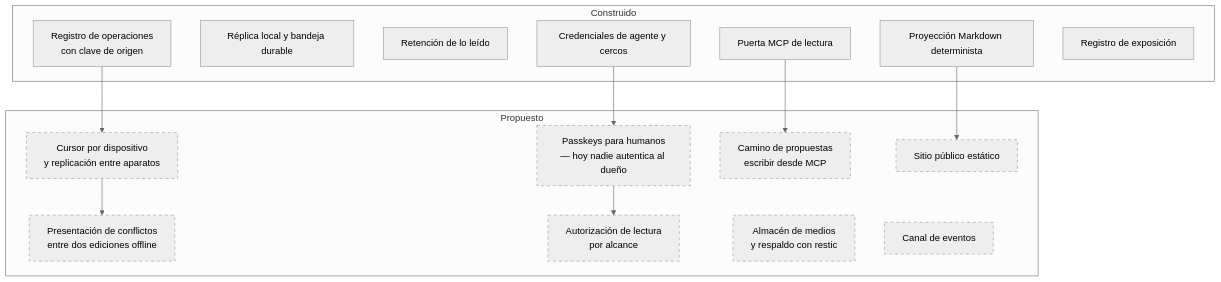
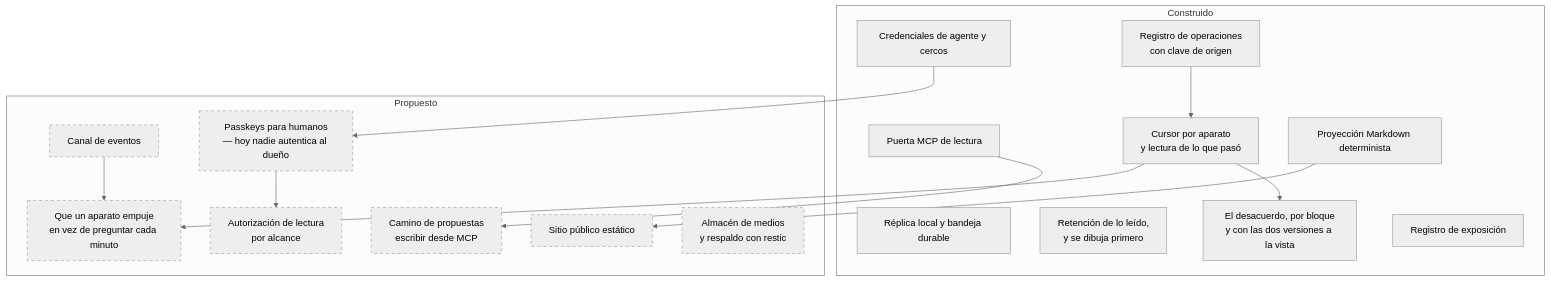
Before and after one commit to hspencer/vera: diagram 40 of 40 in docs/diagramas.md, drawn with Mermaid (neutral theme). The commit also changed other lines of this file, not shown here.

First line of the commit message:
docs: los diagramas cuentan que lo retenido se lee primero, y cómo se decide un desacuerdo

````diff
--- a/docs/diagramas.md
+++ b/docs/diagramas.md
@@ -1653,33 +1825,36 @@
 ```mermaid
 flowchart TB
     subgraph hecho["Construido"]
         h1["Registro de operaciones<br/>con clave de origen"]
         h2["Réplica local y bandeja durable"]
-        h3["Retención de lo leído"]
+        h3["Retención de lo leído,<br/>y se dibuja primero"]
+        h8["Cursor por aparato<br/>y lectura de lo que pasó"]
+        h9["El desacuerdo, por bloque<br/>y con las dos versiones a la vista"]
         h4["Credenciales de agente y cercos"]
         h5["Puerta MCP de lectura"]
         h6["Proyección Markdown determinista"]
         h7["Registro de exposición"]
     end
 
     subgraph falta["Propuesto"]
-        f1["Cursor por dispositivo<br/>y replicación entre aparatos"]
-        f2["Presentación de conflictos<br/>entre dos ediciones offline"]
+        f1["Que un aparato empuje<br/>en vez de preguntar cada minuto"]
         f3["Passkeys para humanos<br/>— hoy nadie autentica al dueño"]
         f4["Autorización de lectura<br/>por alcance"]
         f5["Camino de propuestas<br/>escribir desde MCP"]
         f6["Sitio público estático"]
         f7["Almacén de medios<br/>y respaldo con restic"]
         f8["Canal de eventos"]
     end
 
-    h1 --> f1
-    f1 --> f2
+    h1 --> h8
+    h8 --> h9
+    h8 --> f1
+    f8 --> f1
     h4 --> f3
     f3 --> f4
     h5 --> f5
     h6 --> f6
 
     classDef propuesta stroke-dasharray: 5 5
-    class f1,f2,f3,f4,f5,f6,f7,f8 propuesta
+    class f1,f3,f4,f5,f6,f7,f8 propuesta
 ```
````
